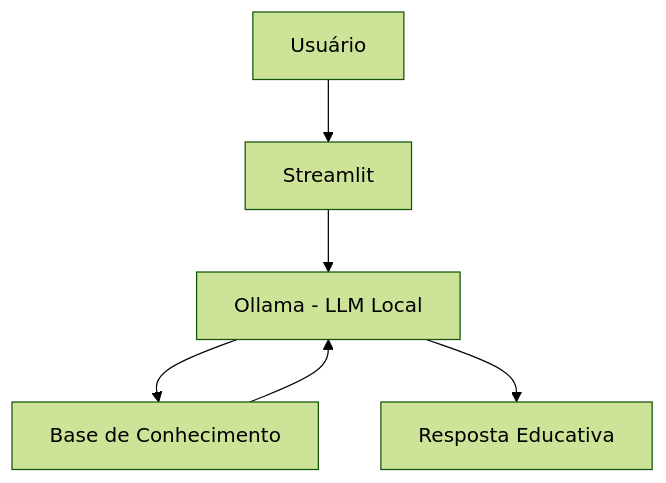
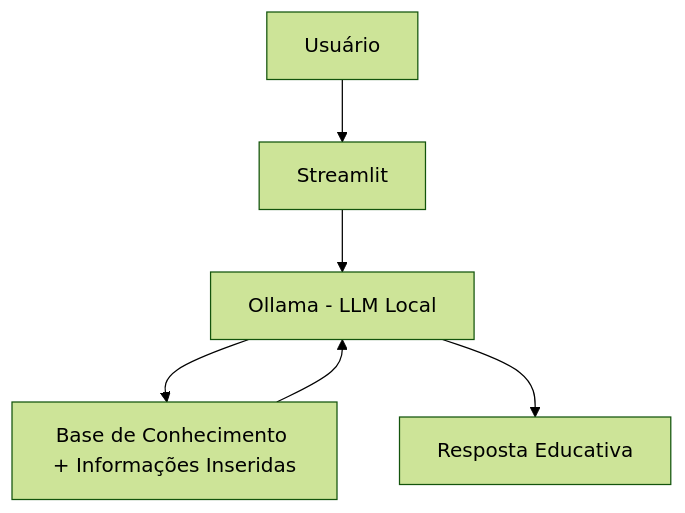
One commit to Jackeline-Bomfim/AIControl changed the diagram in README.md. Above: the diagram before and after it, drawn with Mermaid (forest theme). The commit also changed other lines of this file, not shown here.

````diff
--- a/README.md
+++ b/README.md
@@ -23,8 +23,8 @@
 ```mermaid
 flowchart TD
     A[Usuário] --> B[Streamlit]
     B --> C[Ollama - LLM Local]
-    C --> D[Base de Conhecimento]
+    C --> D[Base de Conhecimento + Informações Inseridas]
     D --> C
     C --> E[Resposta Educativa]
 ```
````
